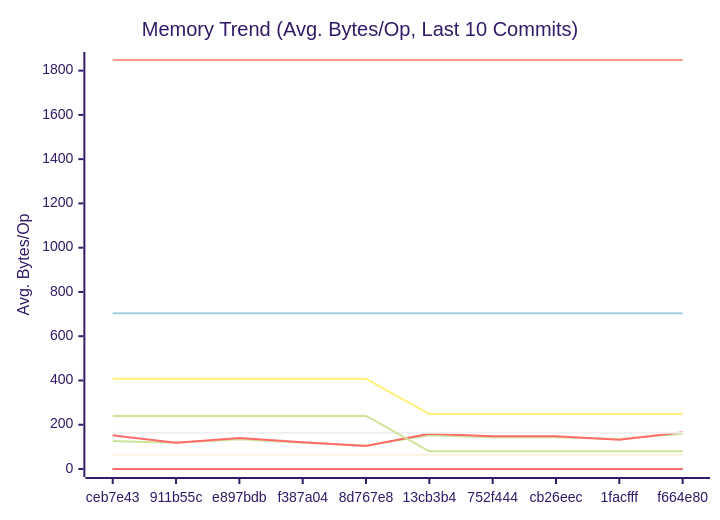
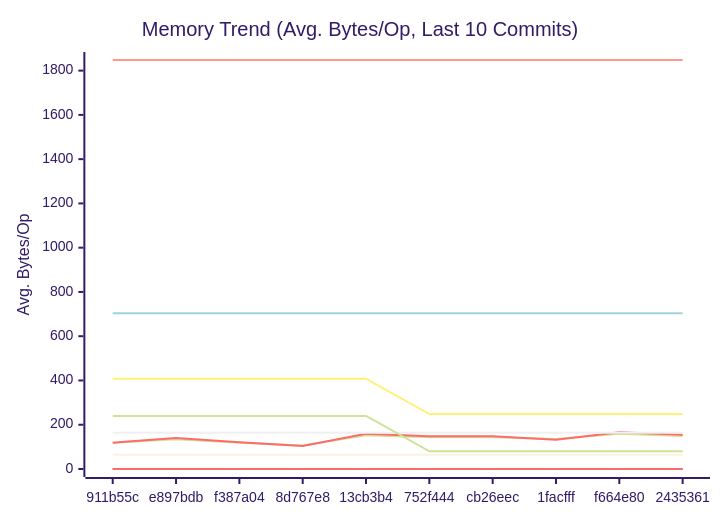
The second of 3 diagrams in docs/PERFORMANCE.md (alsotoes/momo), drawn with Mermaid (forest theme) before and after one commit. The commit also changed other lines of this file and 4 other files, not shown here.

````diff
--- a/docs/PERFORMANCE.md
+++ b/docs/PERFORMANCE.md
@@ -171,20 +171,20 @@
 ```mermaid
 xychart-beta
     title "Memory Trend (Avg. Bytes/Op, Last 10 Commits)"
     x-axis "Commit"
     y-axis "Avg. Bytes/Op"
-    x-axis [ceb7e43,911b55c,e897bdb,f387a04,8d767e8,13cb3b4,752f444,cb26eec,1facfff,f664e80]
-    line "AWSChunkedReaderSigned" [126,119,134,119,106,152,144,144,136,159]
-    line "AWSChunkedReaderUnsigned" [152,119,140,121,104,159,148,148,132,166]
+    x-axis [911b55c,e897bdb,f387a04,8d767e8,13cb3b4,752f444,cb26eec,1facfff,f664e80,2435361]
+    line "AWSChunkedReaderSigned" [119,134,119,106,152,144,144,136,159,149]
+    line "AWSChunkedReaderUnsigned" [119,140,121,104,159,148,148,132,166,155]
     line "CheckMetricsAndSwap" [0,0,0,0,0,0,0,0,0,0]
     line "CrushOptimized" [0,0,0,0,0,0,0,0,0,0]
     line "CrushOriginal" [164,164,164,164,164,164,164,164,164,164]
     line "IndexDirectTracking" [0,0,0,0,0,0,0,0,0,0]
     line "IndexSearch" [0,0,0,0,0,0,0,0,0,0]
     line "LoadGlobalConfig" [1848,1848,1848,1848,1848,1848,1848,1848,1848,1848]
     line "PadString" [64,64,64,64,64,64,64,64,64,64]
     line "ParseReplicationOrder_NoPrealloc" [408,408,408,408,408,248,248,248,248,248]
     line "ParseReplicationOrder_Prealloc" [240,240,240,240,240,80,80,80,80,80]
     line "SanitizeLog/Safe" [0,0,0,0,0,0,0,0,0,0]
     line "SanitizeLog/Unsafe" [704,704,704,704,704,704,704,704,704,704]
 ```
````
